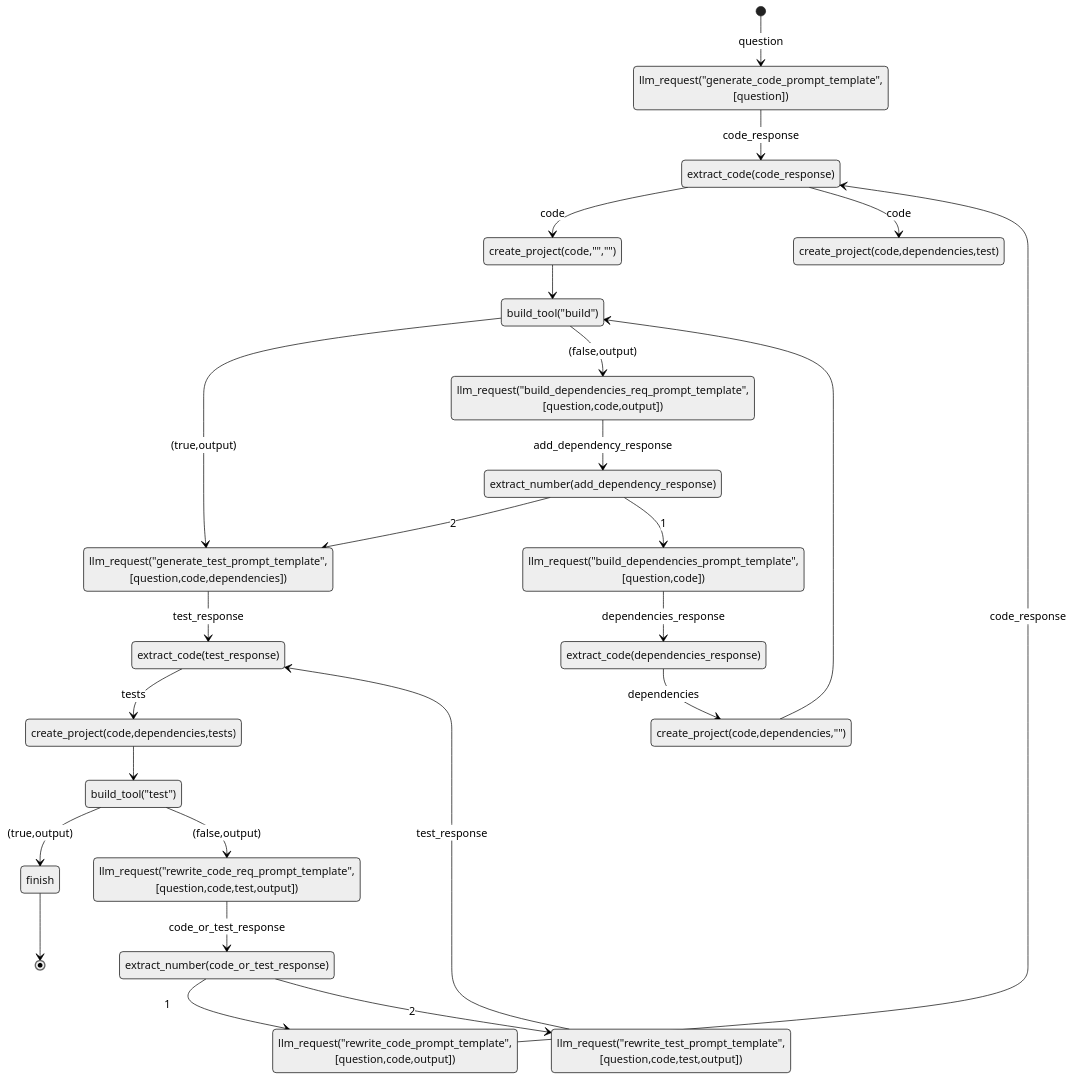
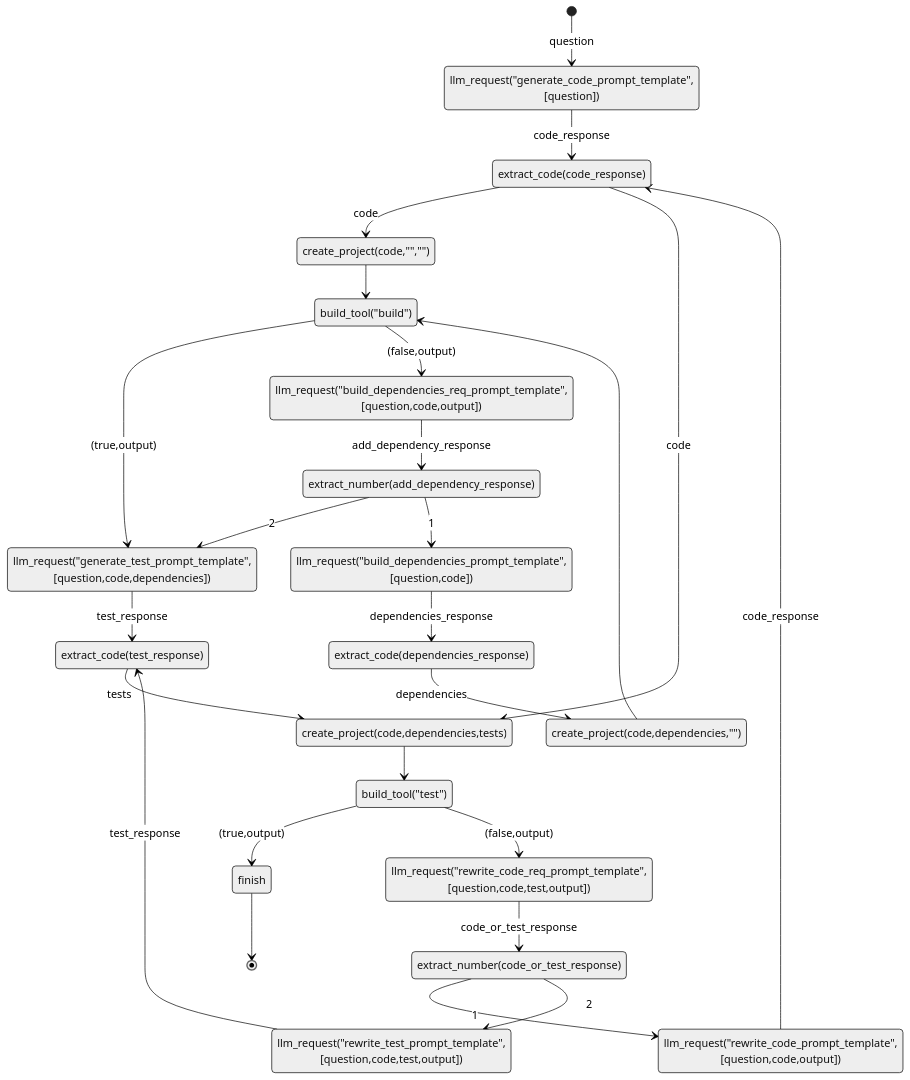
The diagram in state.md (rizgan/LLM-Logic-Exec-Verify), drawn with Mermaid (neutral theme) before and after one commit.

Commit message:
state_machine

````diff
--- a/state.md
+++ b/state.md
@@ -1,27 +1,27 @@
 ```mermaid
 stateDiagram
 [*] --> llm_request("generate_code_prompt_template",[question]) : question
 llm_request("generate_code_prompt_template",[question]) --> extract_code(code_response) : code_response
 extract_code(code_response) --> create_project(code,"","") : code
 create_project(code,"","") --> build_tool("build")
 create_project(code,dependencies,"") --> build_tool("build")
 create_project(code,dependencies,tests) --> build_tool("test")
 build_tool("test") --> finish : (true,output)
 build_tool("test") --> llm_request("rewrite_code_req_prompt_template",[question,code,test,output]) : (false,output)
 llm_request("rewrite_code_req_prompt_template",[question,code,test,output]) --> extract_number(code_or_test_response) : code_or_test_response
 extract_number(code_or_test_response) --> llm_request("rewrite_code_prompt_template",[question,code,output]) : 1
 extract_number(code_or_test_response) --> llm_request("rewrite_test_prompt_template",[question,code,test,output]) : 2
 llm_request("rewrite_test_prompt_template",[question,code,test,output]) --> extract_code(test_response) : test_response
 llm_request("rewrite_code_prompt_template",[question,code,output]) --> extract_code(code_response) : code_response
-extract_code(code_response) --> create_project(code,dependencies,test) : code
+extract_code(code_response) --> create_project(code,dependencies,tests): code
 build_tool("build") --> llm_request("generate_test_prompt_template",[question,code,dependencies]) : (true,output) 
 build_tool("build") --> llm_request("build_dependencies_req_prompt_template",[question,code,output]) : (false,output) 
 llm_request("build_dependencies_req_prompt_template",[question,code,output])  --> extract_number(add_dependency_response) : add_dependency_response
 extract_number(add_dependency_response) --> llm_request("generate_test_prompt_template",[question,code,dependencies]) : 2
 extract_number(add_dependency_response) --> llm_request("build_dependencies_prompt_template",[question,code]) : 1
 llm_request("build_dependencies_prompt_template",[question,code]) --> extract_code(dependencies_response) : dependencies_response
 extract_code(dependencies_response) --> create_project(code,dependencies,"") : dependencies 
 llm_request("generate_test_prompt_template",[question,code,dependencies]) --> extract_code(test_response) : test_response
 extract_code(test_response) --> create_project(code,dependencies,tests) : tests
 finish --> [*]
 ```
````
